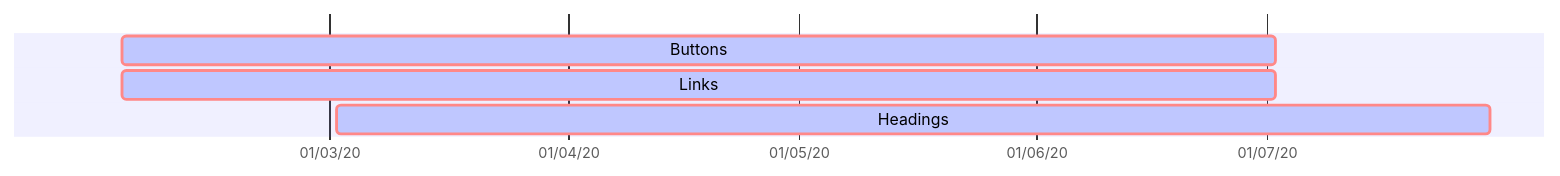
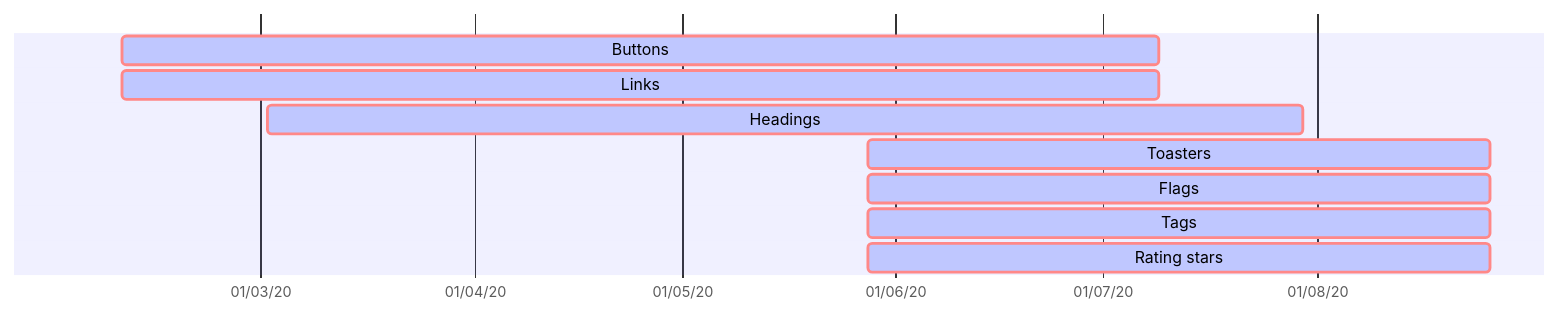
The diagram in docs/pages/long_time_support/README.md (ThomasRumasLM/vuepress-test), drawn with Mermaid before and after one commit. The commit also changed other lines of this file and 89 other files, not shown here.

````diff
--- a/docs/pages/long_time_support/README.md
+++ b/docs/pages/long_time_support/README.md
@@ -7,8 +7,12 @@
 ```mermaid
 gantt
 dateFormat DD-MM-YYYY
 axisFormat %d/%m/%y
-Buttons: active, crit, 03-02-2020, 150d
-Links:active, crit, 03-02-2020, 150d
+Buttons: active, crit, 10-02-2020, 150d
+Links:active, crit, 10-02-2020, 150d
 Headings:active, crit, 02-03-2020, 150d
+Toasters:active, crit, 28-05-2020, 90d
+Flags:active, crit, 28-05-2020, 90d
+Tags:active, crit, 28-05-2020, 90d
+Rating stars:active, crit, 28-05-2020, 90d
 ```
````
